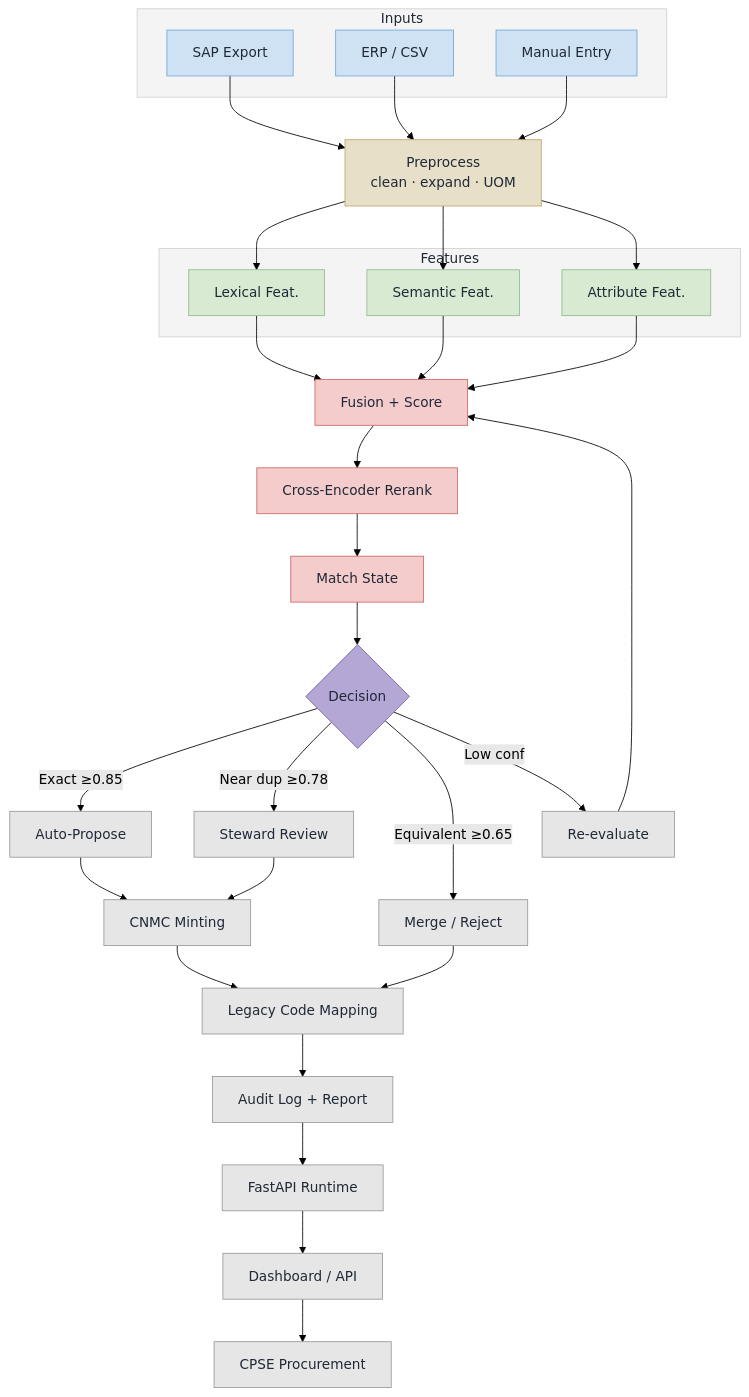
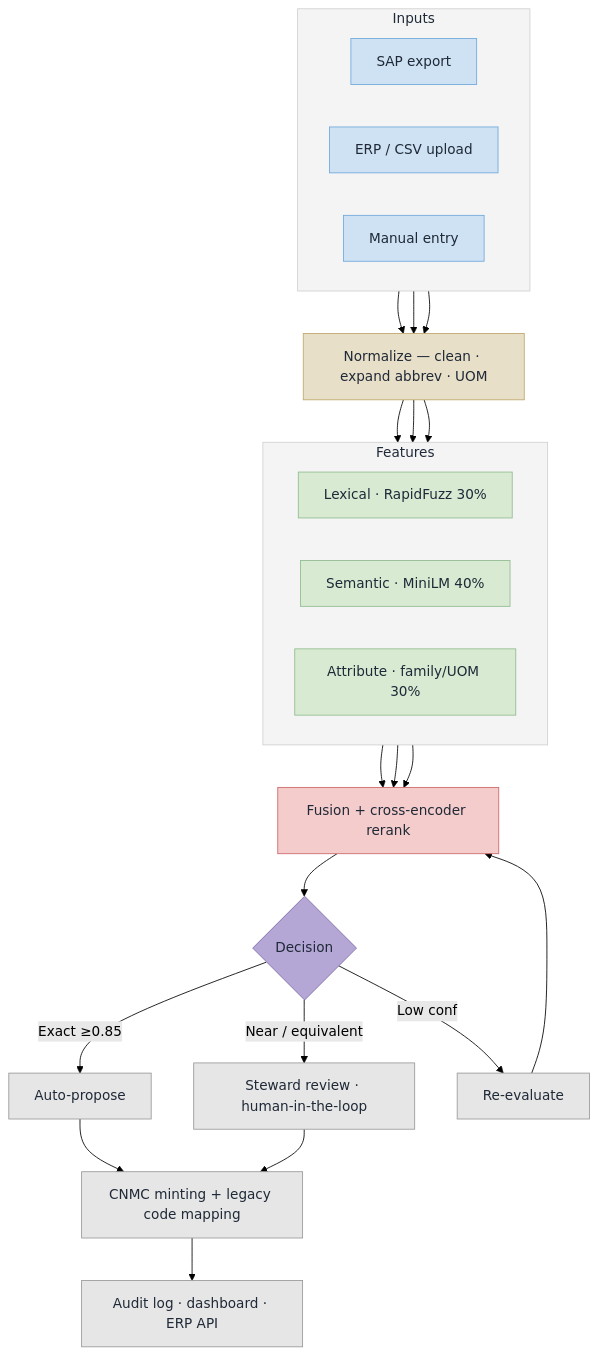
Before and after one commit to UdayPS-4o/SIH26: the diagram in 26099/docs/implementation-flow.mmd, drawn with Mermaid (forest theme). The commit also changed 13 other files, not shown here.

First line of the commit message:
Make implementation flow diagrams slide-sized; keep detailed variants

```diff
--- a/26099/docs/implementation-flow.mmd
+++ b/26099/docs/implementation-flow.mmd
@@ -1,63 +1,54 @@
 flowchart TD
     subgraph INPUTS[" Inputs "]
-        I1["SAP Export"]
-        I2["ERP / CSV"]
-        I3["Manual Entry"]
+        direction LR
+        I1["SAP export"]
+        I2["ERP / CSV upload"]
+        I3["Manual entry"]
+    end
+
+    PRE["Normalize — clean · expand abbrev · UOM"]
+
+    subgraph FEATURES[" Features "]
+        direction LR
+        F1["Lexical · RapidFuzz 30%"]
+        F2["Semantic · MiniLM 40%"]
+        F3["Attribute · family/UOM 30%"]
     end
 
     I1 --> PRE
     I2 --> PRE
     I3 --> PRE
-
-    PRE["Preprocess<br/>clean · expand · UOM"]
-
-    subgraph FEATURES[" Features "]
-        F1["Lexical Feat."]
-        F2["Semantic Feat."]
-        F3["Attribute Feat."]
-    end
-
     PRE --> F1
     PRE --> F2
     PRE --> F3
 
-    F1 --> FUSE["Fusion + Score"]
+    F1 --> FUSE["Fusion + cross-encoder rerank"]
     F2 --> FUSE
     F3 --> FUSE
 
-    FUSE --> RERANK["Cross-Encoder Rerank"]
-    RERANK --> STATE["Match State"]
-    STATE --> DEC{"Decision"}
+    FUSE --> DEC{"Decision"}
+    DEC -->|"Exact ≥0.85"| B1["Auto-propose"]
+    DEC -->|"Near / equivalent"| B2["Steward review · human-in-the-loop"]
+    DEC -->|"Low conf"| B3["Re-evaluate"]
+    B3 --> FUSE
 
-    DEC -->|"Exact ≥0.85"| B1["Auto-Propose"]
-    DEC -->|"Near dup ≥0.78"| B2["Steward Review"]
-    DEC -->|"Equivalent ≥0.65"| B3["Merge / Reject"]
-    DEC -->|"Low conf"| B4["Re-evaluate"]
-    B4 --> FUSE
-
-    B1 --> MINT["CNMC Minting"]
-    B2 --> MINT
-    B3 --> MAPPING
-
-    MINT --> MAPPING["Legacy Code Mapping"]
-    MAPPING --> LOGS["Audit Log + Report"]
-    LOGS --> RUNTIME["FastAPI Runtime"]
-    RUNTIME --> UI["Dashboard / API"]
-    UI --> USER["CPSE Procurement"]
+    B1 --> CNMC["CNMC minting + legacy code mapping"]
+    B2 --> CNMC
+    CNMC --> OUT["Audit log · dashboard · ERP API"]
 
     classDef input fill:#cfe2f3,stroke:#6fa8dc,color:#1f2937;
     classDef pre fill:#e8dfc8,stroke:#bfa76a,color:#1f2937;
     classDef feat fill:#d9ead3,stroke:#8fbc8f,color:#1f2937;
     classDef score fill:#f4cccc,stroke:#cc6666,color:#1f2937;
     classDef dec fill:#b4a7d6,stroke:#7b68a6,color:#1f2937;
     classDef act fill:#e6e6e6,stroke:#999999,color:#1f2937;
 
     class I1,I2,I3 input;
     class PRE pre;
     class F1,F2,F3 feat;
-    class FUSE,RERANK,STATE score;
+    class FUSE score;
     class DEC dec;
-    class B1,B2,B3,B4,MINT,MAPPING,LOGS,RUNTIME,UI,USER act;
+    class B1,B2,B3,CNMC,OUT act;
 
     style INPUTS fill:#f4f4f4,stroke:#d0d0d0,color:#1f2937;
     style FEATURES fill:#f4f4f4,stroke:#d0d0d0,color:#1f2937;
```
